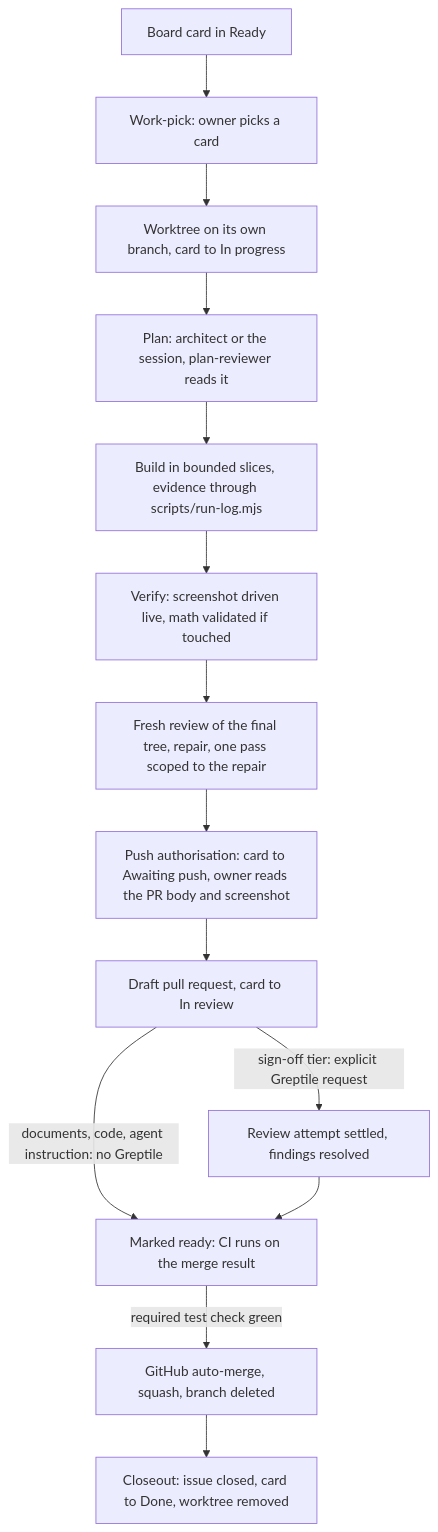
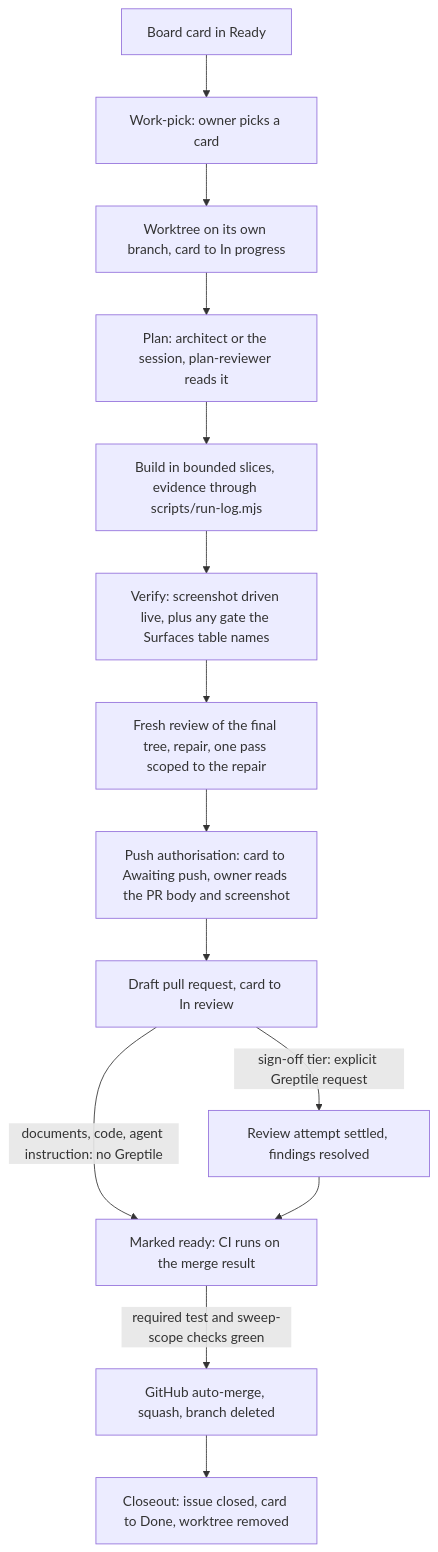
One commit to zaingulel/RentCottage changed the third of 3 diagrams in docs/AI-WORKFLOW.md. Above: the diagram before and after it, drawn with Mermaid. The commit also changed other lines of this file and 75 other files, not shown here.

First line of the commit message:
Sync the shared workflow from Flowgauge and turn on the git hooks (#371)

````diff
--- a/docs/AI-WORKFLOW.md
+++ b/docs/AI-WORKFLOW.md
@@ -109,16 +111,16 @@
 ```mermaid
 flowchart TD
     C[Board card in Ready] --> WP[Work-pick: owner picks a card]
     WP --> WT[Worktree on its own branch, card to In progress]
     WT --> PL[Plan: architect or the session, plan-reviewer reads it]
     PL --> BD[Build in bounded slices, evidence through scripts/run-log.mjs]
-    BD --> VR[Verify: screenshot driven live, math validated if touched]
+    BD --> VR[Verify: screenshot driven live, plus any gate the Surfaces table names]
     VR --> RV[Fresh review of the final tree, repair, one pass scoped to the repair]
     RV --> PA[Push authorisation: card to Awaiting push, owner reads the PR body and screenshot]
     PA --> DR[Draft pull request, card to In review]
     DR -->|documents, code, agent instruction: no Greptile| RD[Marked ready: CI runs on the merge result]
     DR -->|sign-off tier: explicit Greptile request| GR[Review attempt settled, findings resolved]
     GR --> RD
-    RD -->|required test check green| MG[GitHub auto-merge, squash, branch deleted]
+    RD -->|required test and sweep-scope checks green| MG[GitHub auto-merge, squash, branch deleted]
     MG --> CO[Closeout: issue closed, card to Done, worktree removed]
 ```
````
